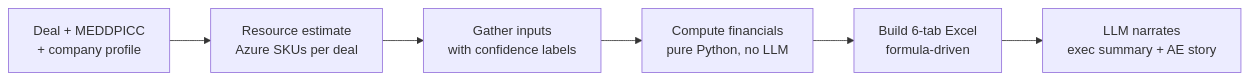
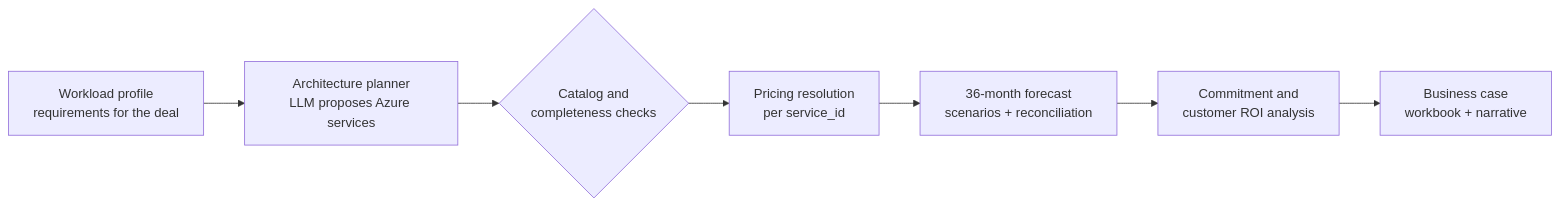
The diagram in docs/consumption-analysis/README.md (SAITEJAREDDY/crm-sales-agent), drawn with Mermaid before and after one commit. The commit also changed other lines of this file, not shown here.

Commit message:
docs: rewrite Consumption Analysis README to match published modules

````diff
--- a/docs/consumption-analysis/README.md
+++ b/docs/consumption-analysis/README.md
@@ -43,8 +43,9 @@
 ```mermaid
 flowchart LR
-    D[Deal + MEDDPICC<br/>+ company profile] --> R[Resource estimate<br/>Azure SKUs per deal]
-    R --> I[Gather inputs<br/>with confidence labels]
-    I --> F[Compute financials<br/>pure Python, no LLM]
-    F --> X[Build 6-tab Excel<br/>formula-driven]
-    X --> N[LLM narrates<br/>exec summary + AE story]
+    W[Workload profile<br/>requirements for the deal] --> A[Architecture planner<br/>LLM proposes Azure services]
+    A --> V{Catalog and<br/>completeness checks}
+    V --> P[Pricing resolution<br/>per service_id]
+    P --> F[36-month forecast<br/>scenarios + reconciliation]
+    F --> C[Commitment and<br/>customer ROI analysis]
+    C --> B[Business case<br/>workbook + narrative]
 ```
````
